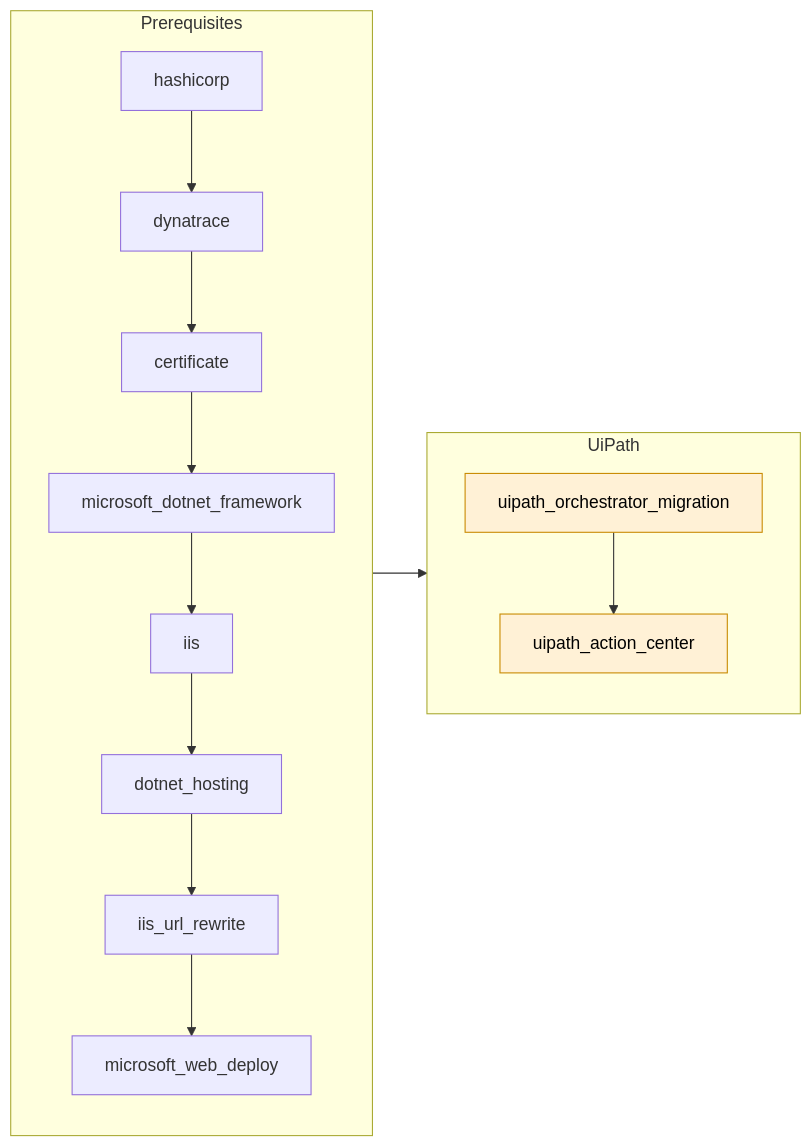
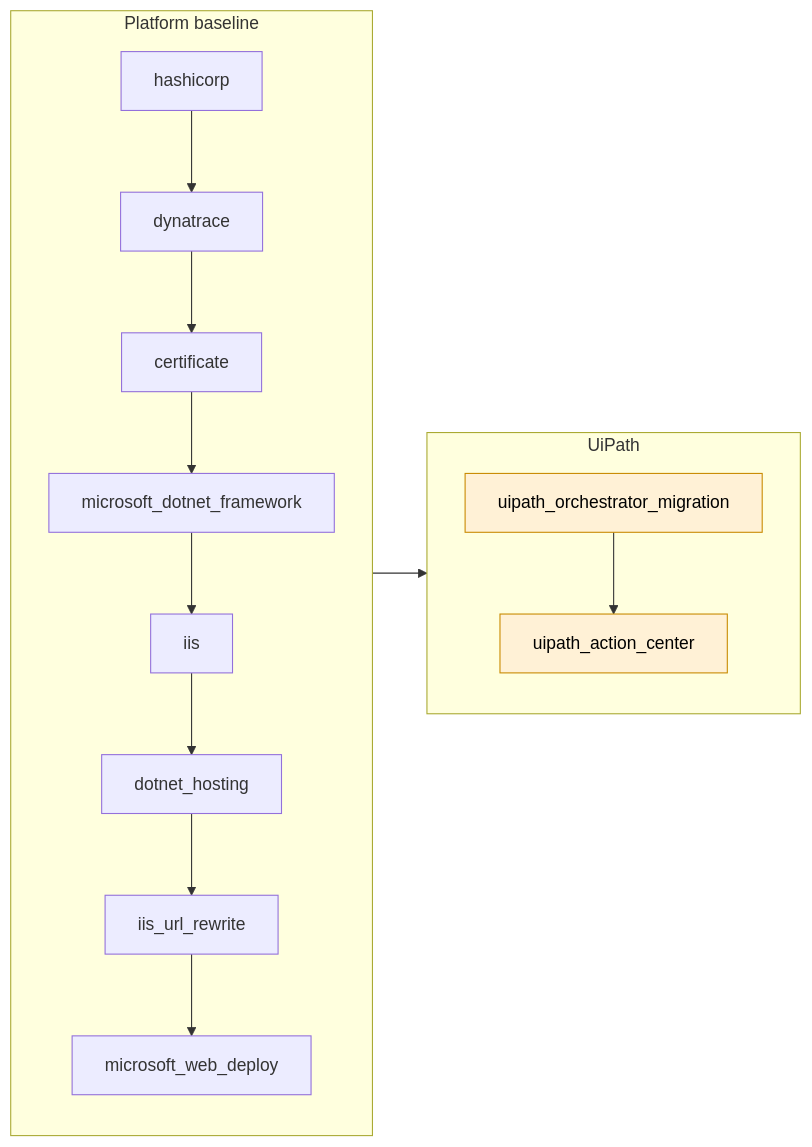
Before and after one commit to kriarun/ansible-lab: the sixth of 9 diagrams in docs/uipath-orchestrator-migration.md, drawn with Mermaid. The commit also changed other lines of this file and 1 other file, not shown here.

````diff
--- a/docs/uipath-orchestrator-migration.md
+++ b/docs/uipath-orchestrator-migration.md
@@ -168,14 +168,14 @@
 ```mermaid
 flowchart LR
-    subgraph BASE["Prerequisites"]
+    subgraph BASE["Platform baseline"]
         direction TB
         R1["hashicorp"] --> R2["dynatrace"] --> R3["certificate"] --> R4["microsoft_dotnet_framework"]
         R4 --> R5["iis"] --> R6["dotnet_hosting"] --> R7["iis_url_rewrite"] --> R8["microsoft_web_deploy"]
     end
     subgraph UIP["UiPath"]
         direction TB
         R9["uipath_orchestrator_migration"]:::ui --> R10["uipath_action_center"]:::ui
     end
     BASE --> UIP
     classDef ui fill:#fff1d6,stroke:#c98a00,color:#000
 ```
````
